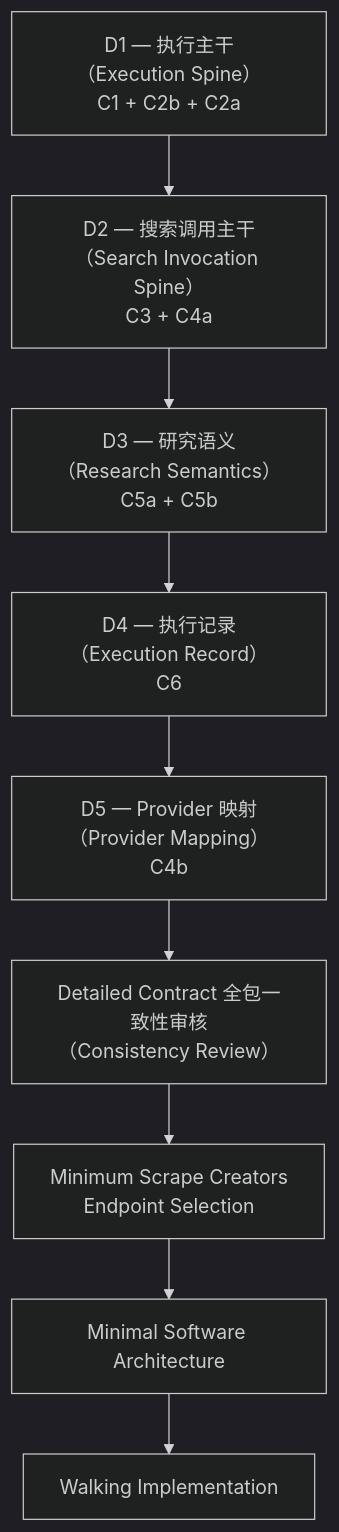
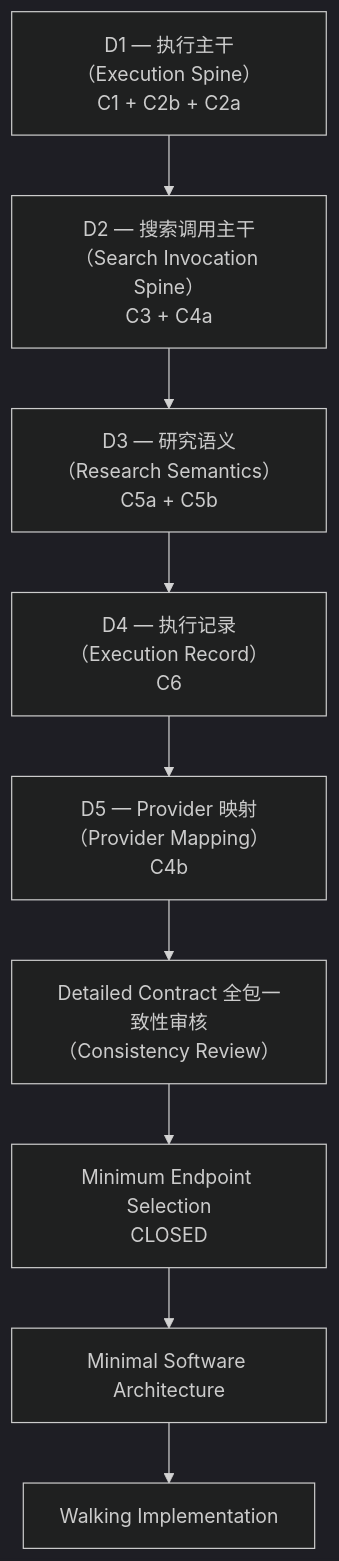
The first of 2 diagrams in docs/02_system/vertical_slices/01_research_execution/contracts/00_CONTRACT_DESIGN_INDEX.md (SONG-36/ecommerce-ai-os), drawn with Mermaid (dark theme) before and after one commit. The commit also changed other lines of this file and 3 other files, not shown here.

Commit message:
docs: hand off minimal software architecture phase

````diff
--- a/docs/02_system/vertical_slices/01_research_execution/contracts/00_CONTRACT_DESIGN_INDEX.md
+++ b/docs/02_system/vertical_slices/01_research_execution/contracts/00_CONTRACT_DESIGN_INDEX.md
@@ -374,30 +385,30 @@
 ```mermaid
 flowchart TD
 
     D1["D1 — 执行主干（Execution Spine）<br/>C1 + C2b + C2a"]
 
     D2["D2 — 搜索调用主干（Search Invocation Spine）<br/>C3 + C4a"]
 
     D3["D3 — 研究语义（Research Semantics）<br/>C5a + C5b"]
 
     D4["D4 — 执行记录（Execution Record）<br/>C6"]
 
     D5["D5 — Provider 映射（Provider Mapping）<br/>C4b"]
 
     REVIEW["Detailed Contract 全包一致性审核<br/>（Consistency Review）"]
 
-    ENDPOINTS["Minimum Scrape Creators<br/>Endpoint Selection"]
+    ENDPOINTS["Minimum Endpoint Selection<br/>CLOSED"]
 
     SW["Minimal Software Architecture"]
 
     WALK["Walking Implementation"]
 
     D1 --> D2
     D2 --> D3
     D3 --> D4
     D4 --> D5
     D5 --> REVIEW
     REVIEW --> ENDPOINTS
     ENDPOINTS --> SW
     SW --> WALK
 ```
````
